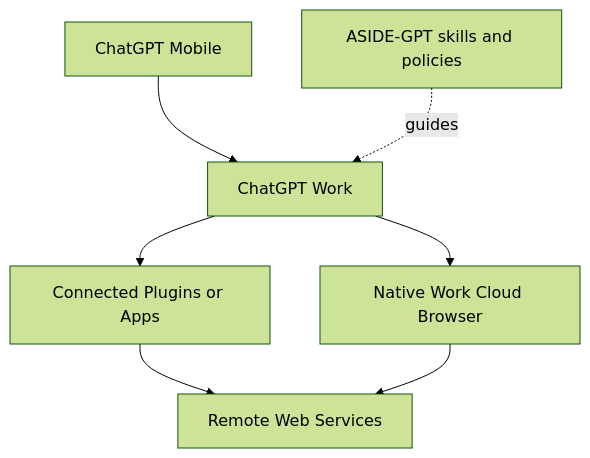
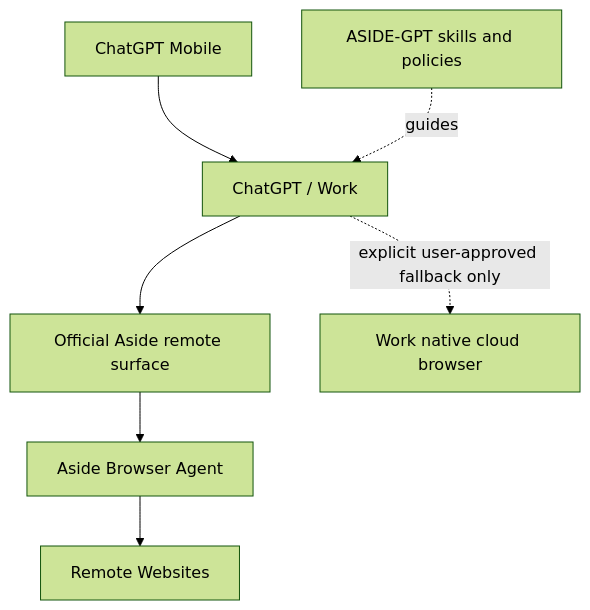
Before and after one commit to khs0927/ASIDE-GPT: the diagram in README.md, drawn with Mermaid (forest theme). The commit also changed other lines of this file, not shown here.

Commit message:
docs: make Aside official remote the primary architecture

````diff
--- a/README.md
+++ b/README.md
@@ -7,9 +7,9 @@
 ```mermaid
 flowchart TD
-    M[ChatGPT Mobile] --> W[ChatGPT Work]
+    M[ChatGPT Mobile] --> W[ChatGPT / Work]
     S[ASIDE-GPT skills and policies] -. guides .-> W
-    W --> A[Connected Plugins or Apps]
-    W --> B[Native Work Cloud Browser]
-    A --> R[Remote Web Services]
-    B --> R
+    W --> A[Official Aside remote surface]
+    A --> B[Aside Browser Agent]
+    B --> R[Remote Websites]
+    W -. explicit user-approved fallback only .-> C[Work native cloud browser]
 ```
````
